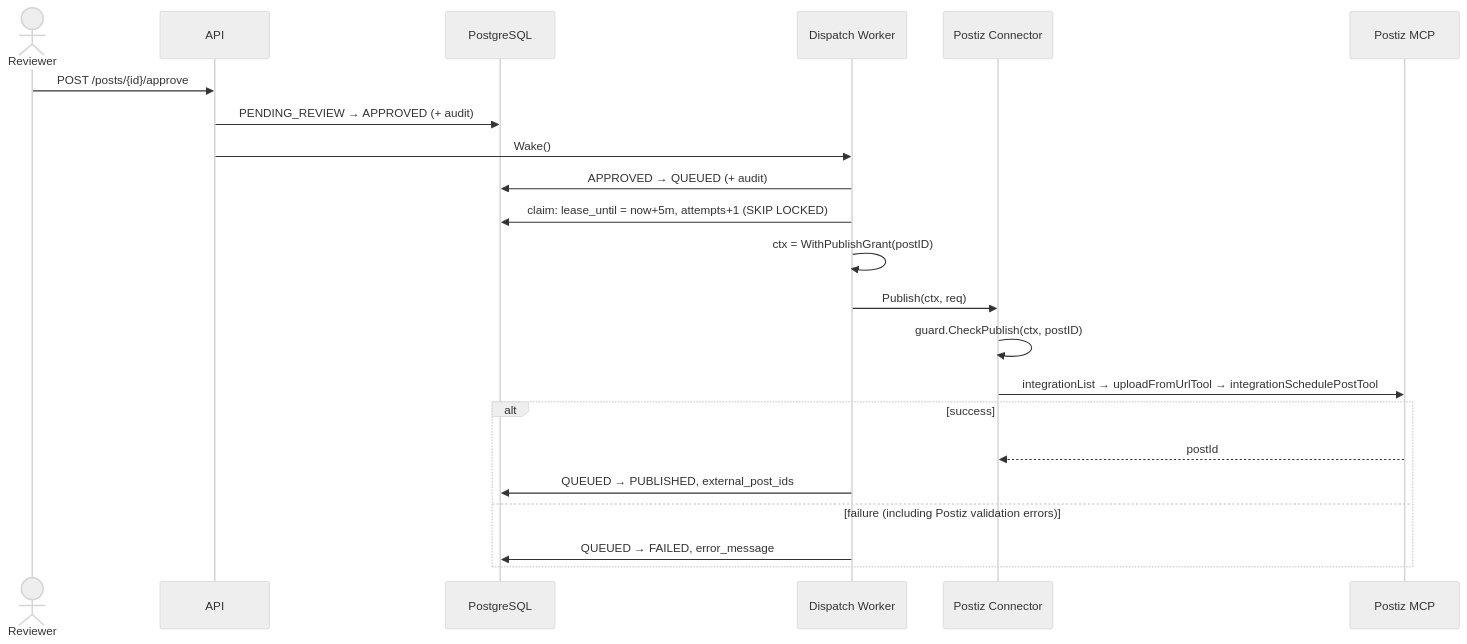
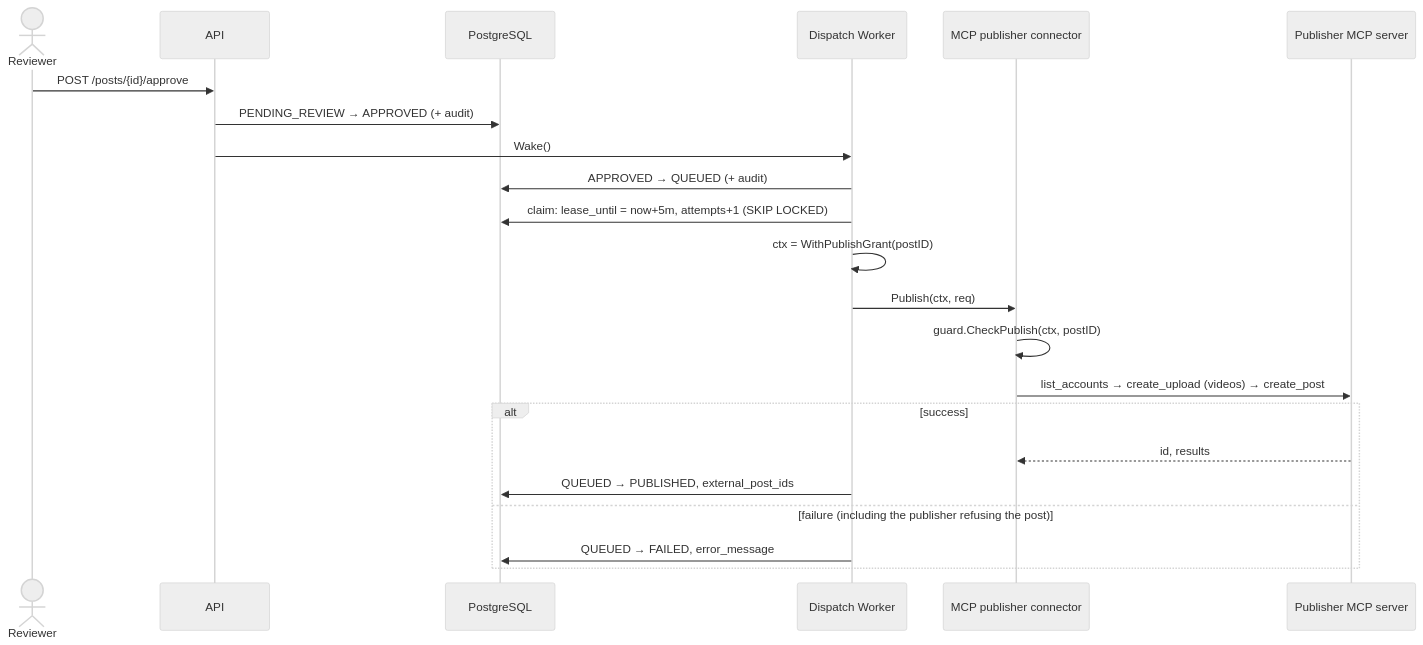
One commit to j75689/cueflow changed the fifth of 6 diagrams in docs/architecture.md. Above: the diagram before and after it, drawn with Mermaid (neutral theme). The commit also changed other lines of this file and 40 other files, not shown here.

First line of the commit message:
feat!: drop Postiz and ship a mock publisher for the MCP publisher contract (#7)

````diff
--- a/docs/architecture.md
+++ b/docs/architecture.md
@@ -257,25 +257,25 @@
 ```mermaid
 sequenceDiagram
     actor R as Reviewer
     participant API
     participant DB as PostgreSQL
     participant W as Dispatch Worker
-    participant P as Postiz Connector
-    participant Z as Postiz MCP
+    participant P as MCP publisher connector
+    participant Z as Publisher MCP server
 
     R->>API: POST /posts/{id}/approve
     API->>DB: PENDING_REVIEW → APPROVED (+ audit)
     API->>W: Wake()
     W->>DB: APPROVED → QUEUED (+ audit)
     W->>DB: claim: lease_until = now+5m, attempts+1 (SKIP LOCKED)
     W->>W: ctx = WithPublishGrant(postID)
     W->>P: Publish(ctx, req)
     P->>P: guard.CheckPublish(ctx, postID)
-    P->>Z: integrationList → uploadFromUrlTool → integrationSchedulePostTool
+    P->>Z: list_accounts → create_upload (videos) → create_post
     alt success
-        Z-->>P: postId
+        Z-->>P: id, results
         W->>DB: QUEUED → PUBLISHED, external_post_ids
-    else failure (including Postiz validation errors)
+    else failure (including the publisher refusing the post)
         W->>DB: QUEUED → FAILED, error_message
     end
 ```
````
